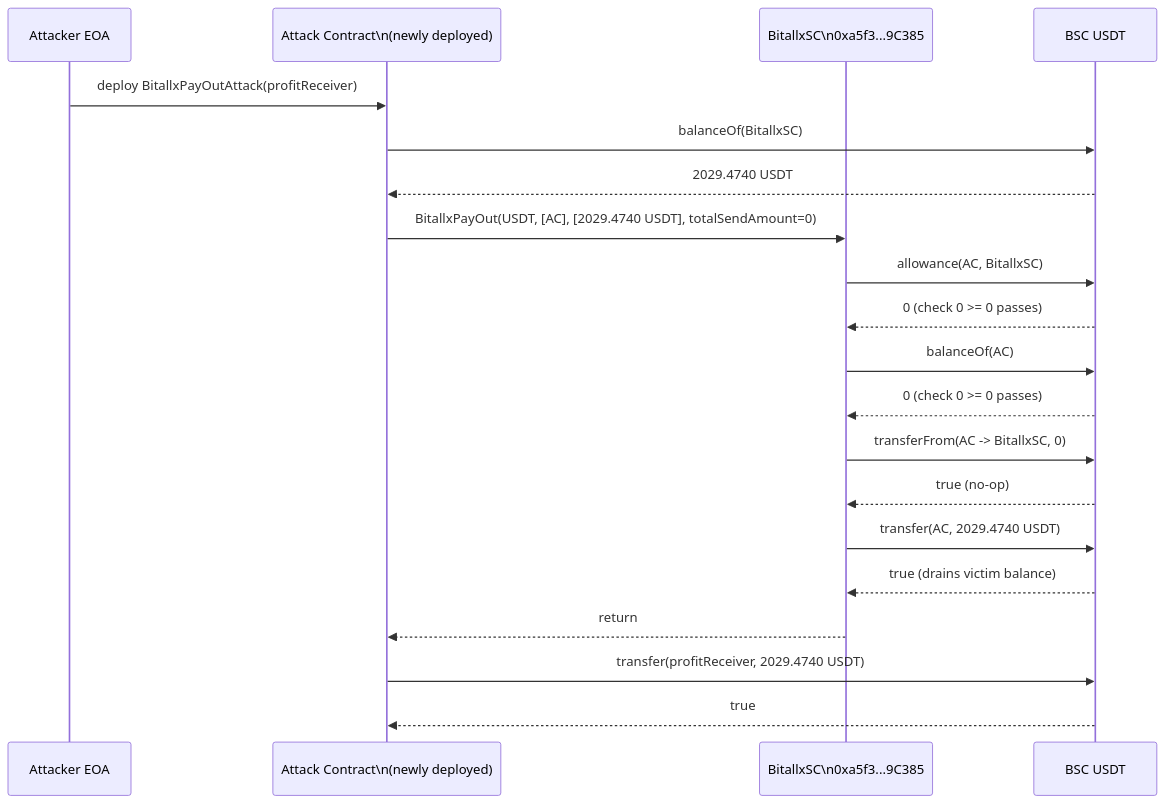
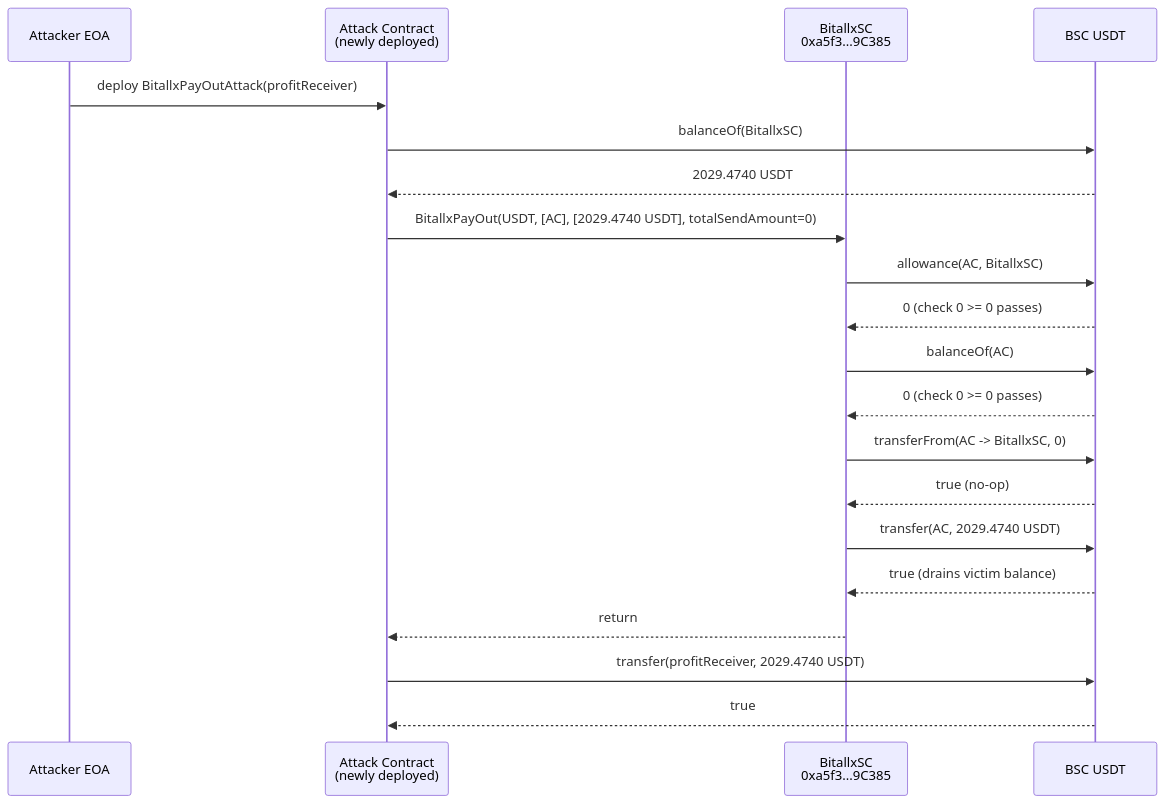
Before and after one commit to sanbir/evm-hack-registry: the first of 2 diagrams in 2025-05-bitallx_exp/bitallx_exp.md, drawn with Mermaid. The commit also changed other lines of this file and 280 other files, not shown here.

Commit message:
mermaid fixes

````diff
--- a/2025-05-bitallx_exp/bitallx_exp.md
+++ b/2025-05-bitallx_exp/bitallx_exp.md
@@ -133,23 +133,23 @@
 ```mermaid
 sequenceDiagram
     participant EOA as Attacker EOA
-    participant AC as Attack Contract\n(newly deployed)
-    participant V as BitallxSC\n0xa5f3...9C385
+    participant AC as Attack Contract<br/>(newly deployed)
+    participant V as BitallxSC<br/>0xa5f3...9C385
     participant T as BSC USDT
 
     EOA->>AC: deploy BitallxPayOutAttack(profitReceiver)
     AC->>T: balanceOf(BitallxSC)
     T-->>AC: 2029.4740 USDT
     AC->>V: BitallxPayOut(USDT, [AC], [2029.4740 USDT], totalSendAmount=0)
     V->>T: allowance(AC, BitallxSC)
     T-->>V: 0  (check 0 >= 0 passes)
     V->>T: balanceOf(AC)
     T-->>V: 0  (check 0 >= 0 passes)
     V->>T: transferFrom(AC -> BitallxSC, 0)
     T-->>V: true  (no-op)
     V->>T: transfer(AC, 2029.4740 USDT)
     T-->>V: true  (drains victim balance)
     V-->>AC: return
     AC->>T: transfer(profitReceiver, 2029.4740 USDT)
     T-->>AC: true
 ```
````
